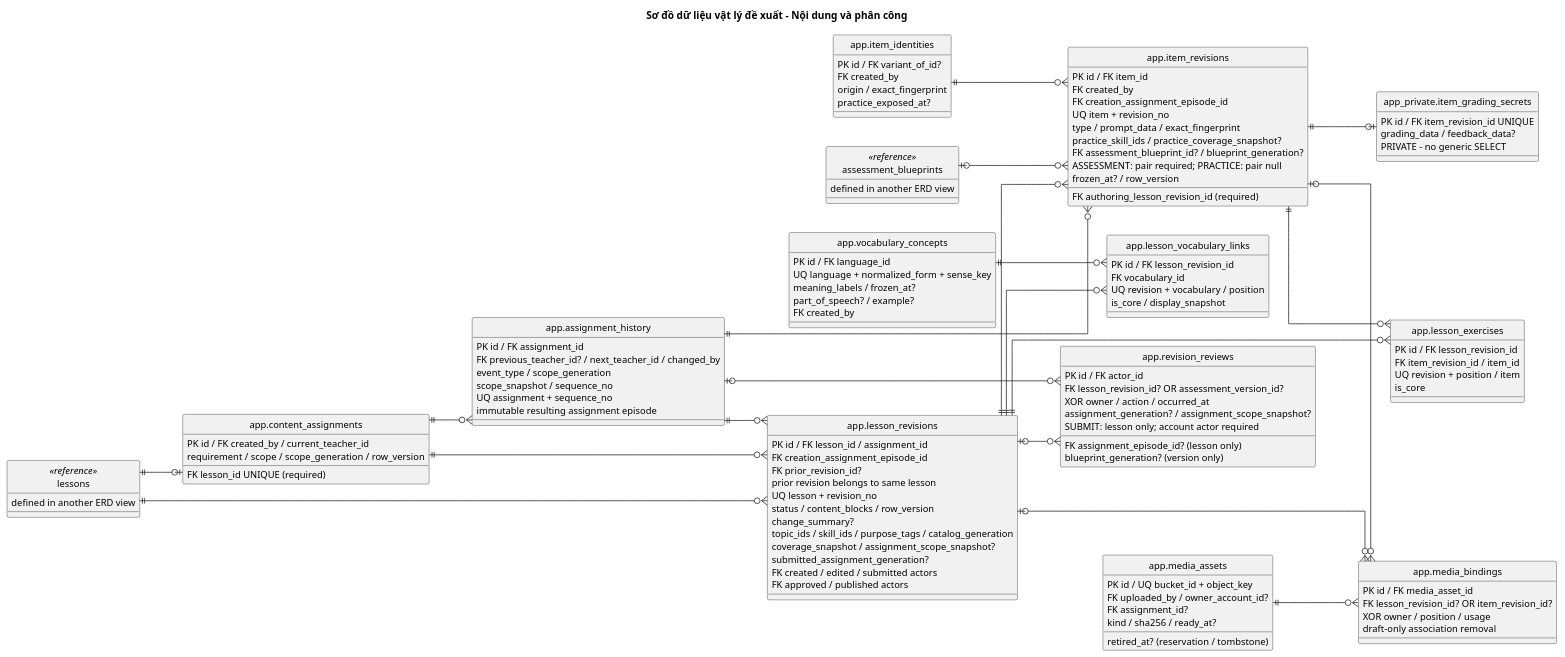
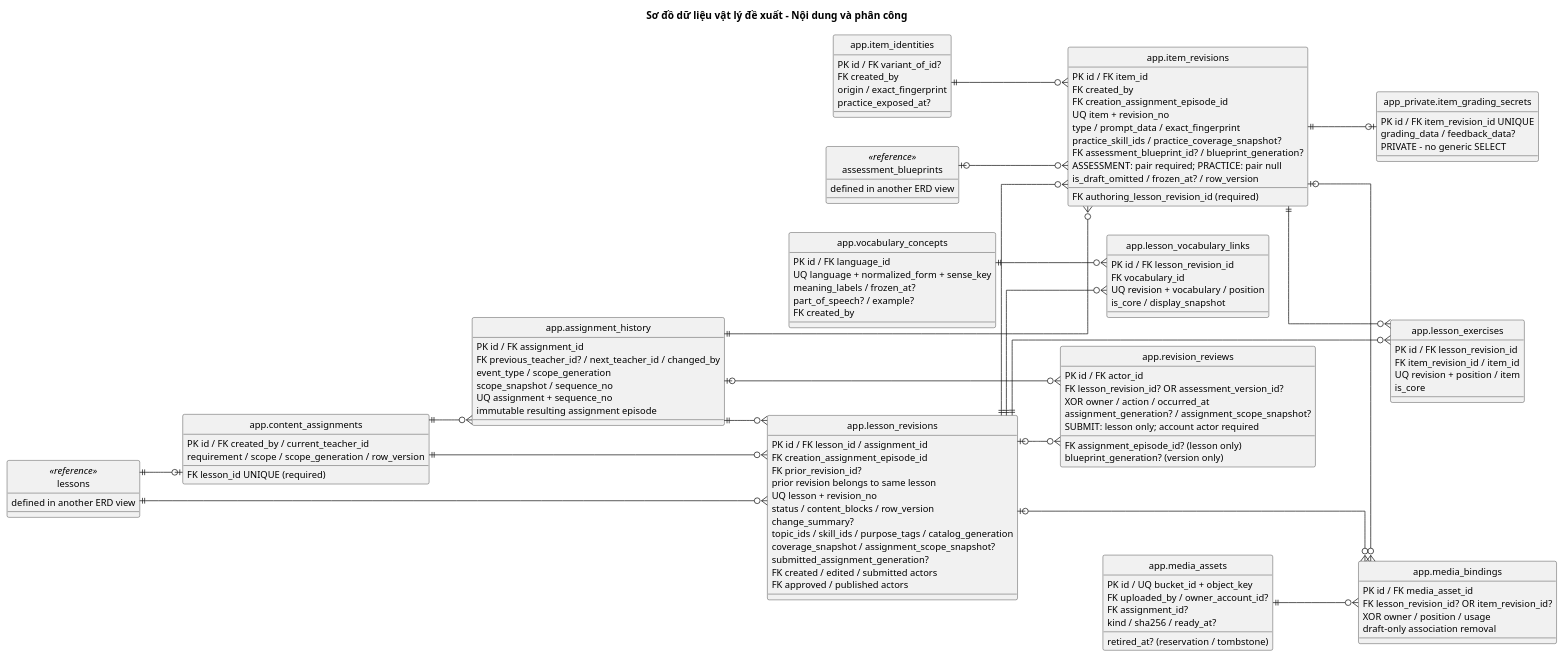
One commit to PhamNguyenThanhTung/lingora-workspace changed the second of 4 diagrams in docs/design/physical/physical-erd.puml. Above: the diagram before and after it, drawn with PlantUML. The commit also changed 1033 other files, not shown here.

```diff
--- a/docs/design/physical/physical-erd.puml
+++ b/docs/design/physical/physical-erd.puml
@@ -89,130 +89,130 @@
 @startuml physical-erd-content
 ' classification: PROPOSED PHYSICAL DESIGN - NOT IMPLEMENTED
 skinparam backgroundColor white
 skinparam monochrome true
 skinparam shadowing false
 skinparam defaultFontName Arial
 skinparam defaultFontSize 13
 skinparam linetype ortho
 skinparam nodesep 40
 skinparam ranksep 60
 hide circle
 left to right direction
 title Sơ đồ dữ liệu vật lý đề xuất – Nội dung và phân công
 entity "app.lesson_revisions" as lesson_revisions {
   PK id / FK lesson_id / assignment_id
   FK creation_assignment_episode_id
   FK prior_revision_id?
   prior revision belongs to same lesson
   UQ lesson + revision_no
   status / content_blocks / row_version
   change_summary?
   topic_ids / skill_ids / purpose_tags / catalog_generation
   coverage_snapshot / assignment_scope_snapshot?
   submitted_assignment_generation?
   FK created / edited / submitted actors
   FK approved / published actors
 }
 entity "app.vocabulary_concepts" as vocabulary_concepts {
   PK id / FK language_id
   UQ language + normalized_form + sense_key
   meaning_labels / frozen_at?
   part_of_speech? / example?
   FK created_by
 }
 entity "app.lesson_vocabulary_links" as lesson_vocabulary_links {
   PK id / FK lesson_revision_id
   FK vocabulary_id
   UQ revision + vocabulary / position
   is_core / display_snapshot
 }
 entity "app.item_identities" as item_identities {
   PK id / FK variant_of_id?
   FK created_by
   origin / exact_fingerprint
   practice_exposed_at?
 }
 entity "app.item_revisions" as item_revisions {
   PK id / FK item_id
   FK created_by
   FK creation_assignment_episode_id
   UQ item + revision_no
   type / prompt_data / exact_fingerprint
   practice_skill_ids / practice_coverage_snapshot?
   FK authoring_lesson_revision_id (required)
   FK assessment_blueprint_id? / blueprint_generation?
   ASSESSMENT: pair required; PRACTICE: pair null
-  frozen_at? / row_version
+  is_draft_omitted / frozen_at? / row_version
 }
 entity "app_private.item_grading_secrets" as item_grading_secrets {
   PK id / FK item_revision_id UNIQUE
   grading_data / feedback_data?
   PRIVATE - no generic SELECT
 }
 entity "app.lesson_exercises" as lesson_exercises {
   PK id / FK lesson_revision_id
   FK item_revision_id / item_id
   UQ revision + position / item
   is_core
 }
 entity "app.media_assets" as media_assets {
   PK id / UQ bucket_id + object_key
   FK uploaded_by / owner_account_id?
   FK assignment_id?
   kind / sha256 / ready_at?
   retired_at? (reservation / tombstone)
 }
 entity "app.media_bindings" as media_bindings {
   PK id / FK media_asset_id
   FK lesson_revision_id? OR item_revision_id?
   XOR owner / position / usage
   draft-only association removal
 }
 entity "app.content_assignments" as content_assignments {
   PK id / FK created_by / current_teacher_id
   FK lesson_id UNIQUE (required)
   requirement / scope / scope_generation / row_version
 }
 entity "app.assignment_history" as assignment_history {
   PK id / FK assignment_id
   FK previous_teacher_id? / next_teacher_id / changed_by
   event_type / scope_generation
   scope_snapshot / sequence_no
   UQ assignment + sequence_no
   immutable resulting assignment episode
 }
 entity "app.revision_reviews" as revision_reviews {
   PK id / FK actor_id
   FK lesson_revision_id? OR assessment_version_id?
   XOR owner / action / occurred_at
   FK assignment_episode_id? (lesson only)
   assignment_generation? / assignment_scope_snapshot?
   blueprint_generation? (version only)
   SUBMIT: lesson only; account actor required
 }
 entity "lessons" as lessons <<reference>> {
   defined in another ERD view
 }
 entity "assessment_blueprints" as assessment_blueprints <<reference>> {
   defined in another ERD view
 }
 lessons ||--o{ lesson_revisions
 lessons ||--o| content_assignments
 content_assignments ||--o{ lesson_revisions
 content_assignments ||--o{ assignment_history
 assignment_history ||--o{ lesson_revisions
 assignment_history ||--o{ item_revisions
 assignment_history |o--o{ revision_reviews
 lesson_revisions |o--o{ revision_reviews
 lesson_revisions ||--o{ item_revisions
 assessment_blueprints |o--o{ item_revisions
 lesson_revisions ||--o{ lesson_exercises
 lesson_revisions ||--o{ lesson_vocabulary_links
 vocabulary_concepts ||--o{ lesson_vocabulary_links
 item_identities ||--o{ item_revisions
 item_revisions ||--o| item_grading_secrets
 item_revisions ||--o{ lesson_exercises
 media_assets ||--o{ media_bindings
 lesson_revisions |o--o{ media_bindings
 item_revisions |o--o{ media_bindings
 @enduml
```
